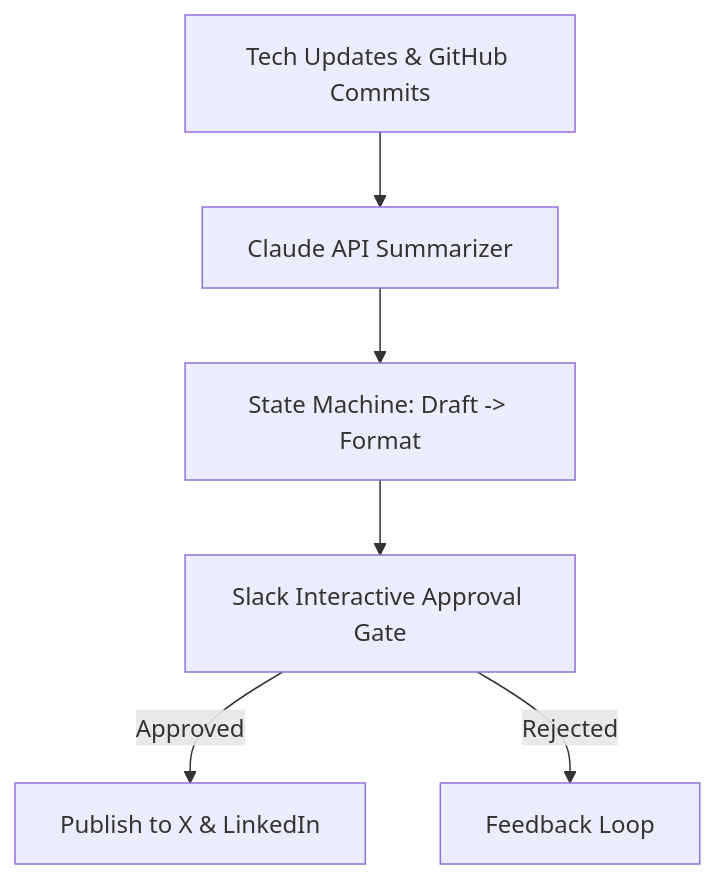
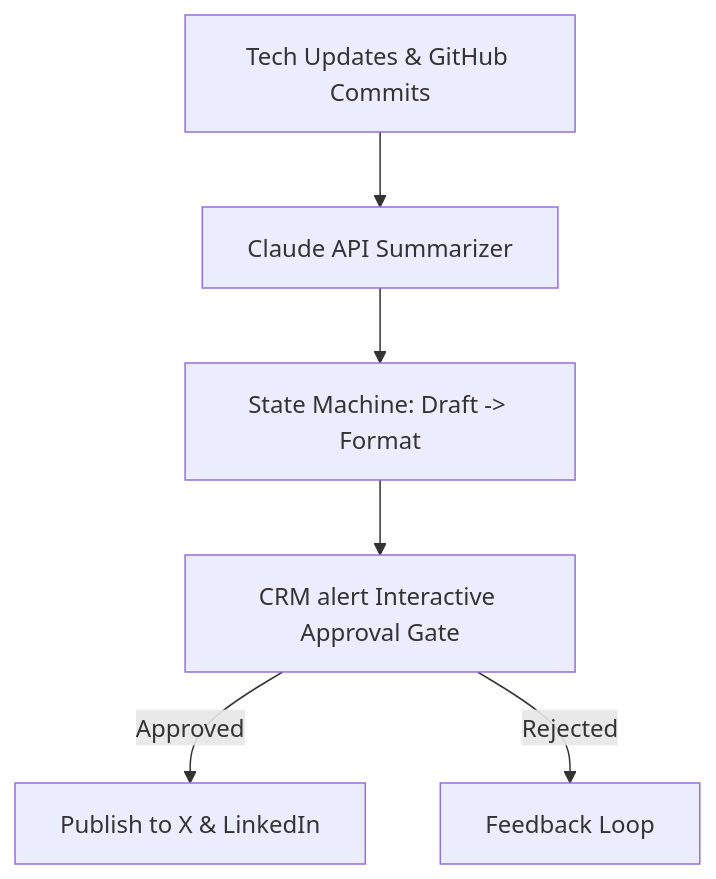
Before and after one commit to digital-experts-team/AI-Growth-Portfolio: the diagram in src/content/caseStudies/heurist-autopilot-agents.md, drawn with Mermaid. The commit also changed other lines of this file and 15 other files, not shown here.

````diff
--- a/src/content/caseStudies/heurist-autopilot-agents.md
+++ b/src/content/caseStudies/heurist-autopilot-agents.md
@@ -34,8 +34,8 @@
 ```mermaid
 graph TD
     A[Tech Updates & GitHub Commits] --> B[Claude API Summarizer]
     B --> C[State Machine: Draft -> Format]
-    C --> D[Slack Interactive Approval Gate]
+    C --> D[CRM alert Interactive Approval Gate]
     D -->|Approved| E[Publish to X & LinkedIn]
     D -->|Rejected| F[Feedback Loop]
 ```
````
